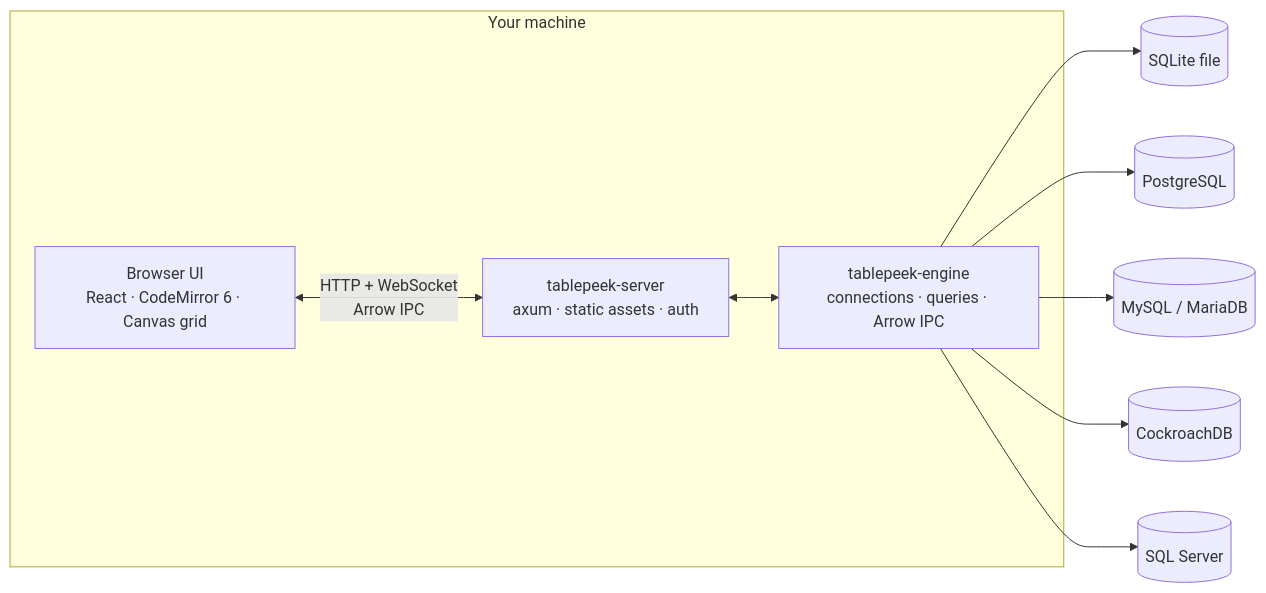
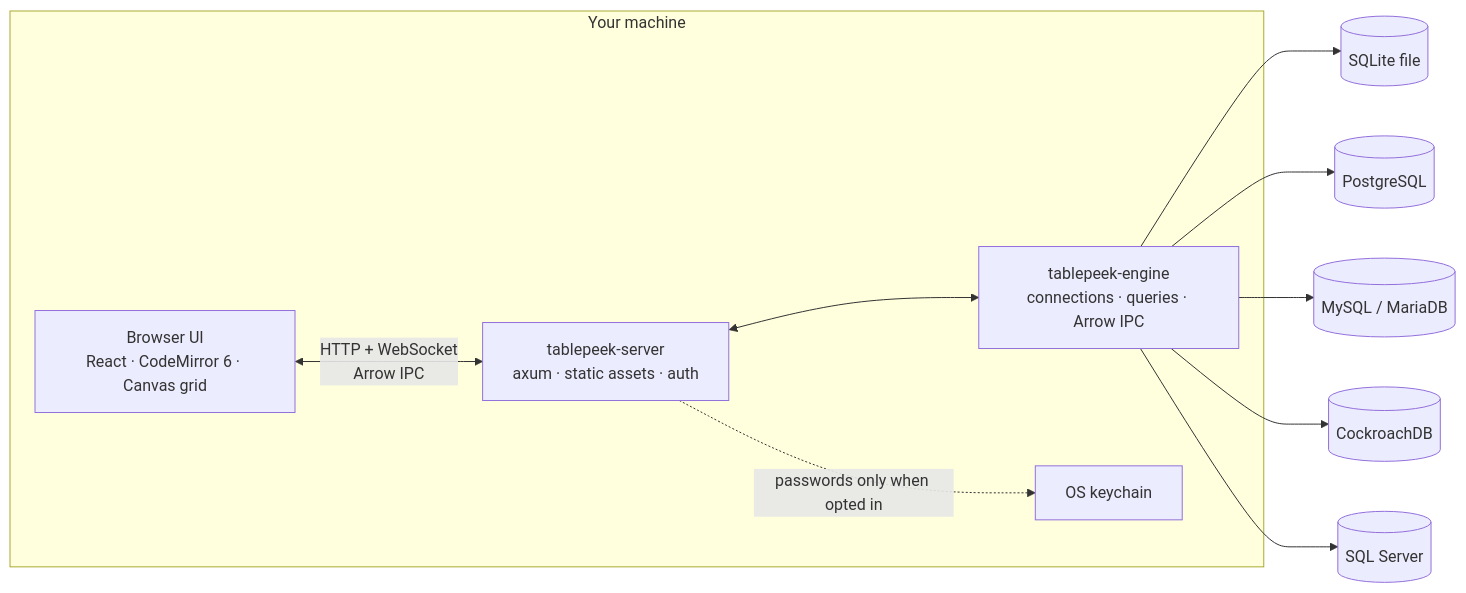
The diagram in README.md (Extransload/TablePeek), drawn with Mermaid before and after one commit. The commit also changed other lines of this file and 16 other files, not shown here.

First line of the commit message:
Bring back saved passwords, kept in the OS keychain by default

````diff
--- a/README.md
+++ b/README.md
@@ -212,16 +212,19 @@
 ```mermaid
 flowchart LR
   subgraph Machine["Your machine"]
     UI["Browser UI<br/>React · CodeMirror 6 · Canvas grid"]
     SERVER["tablepeek-server<br/>axum · static assets · auth"]
     ENGINE["tablepeek-engine<br/>connections · queries · Arrow IPC"]
+    KEYCHAIN["OS keychain"]
+
     UI <-->|"HTTP + WebSocket<br/>Arrow IPC"| SERVER
     SERVER <--> ENGINE
+    SERVER -.->|"passwords only when opted in"| KEYCHAIN
   end
 
   ENGINE --> SQLITE[("SQLite file")]
   ENGINE --> PG[("PostgreSQL")]
   ENGINE --> MYSQL[("MySQL / MariaDB")]
   ENGINE --> CRDB[("CockroachDB")]
   ENGINE --> MSSQL[("SQL Server")]
 ```
````
